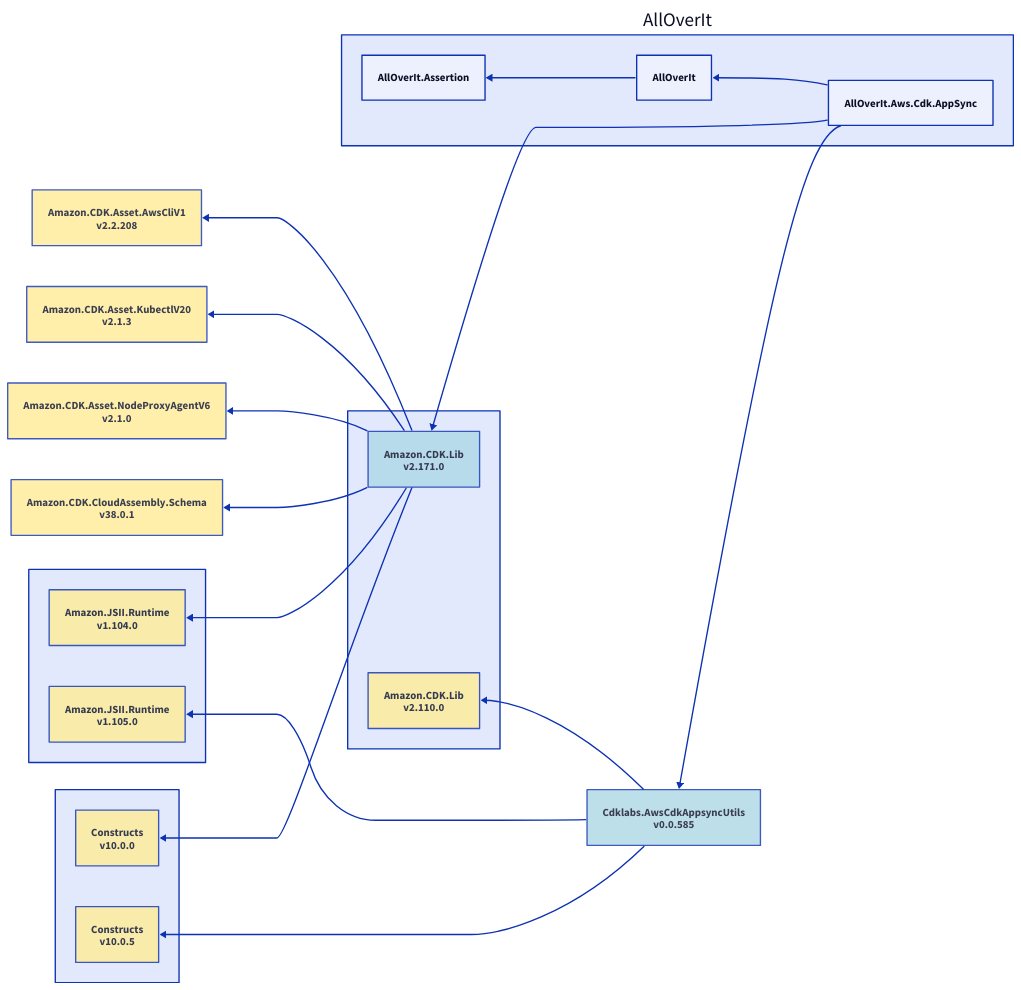
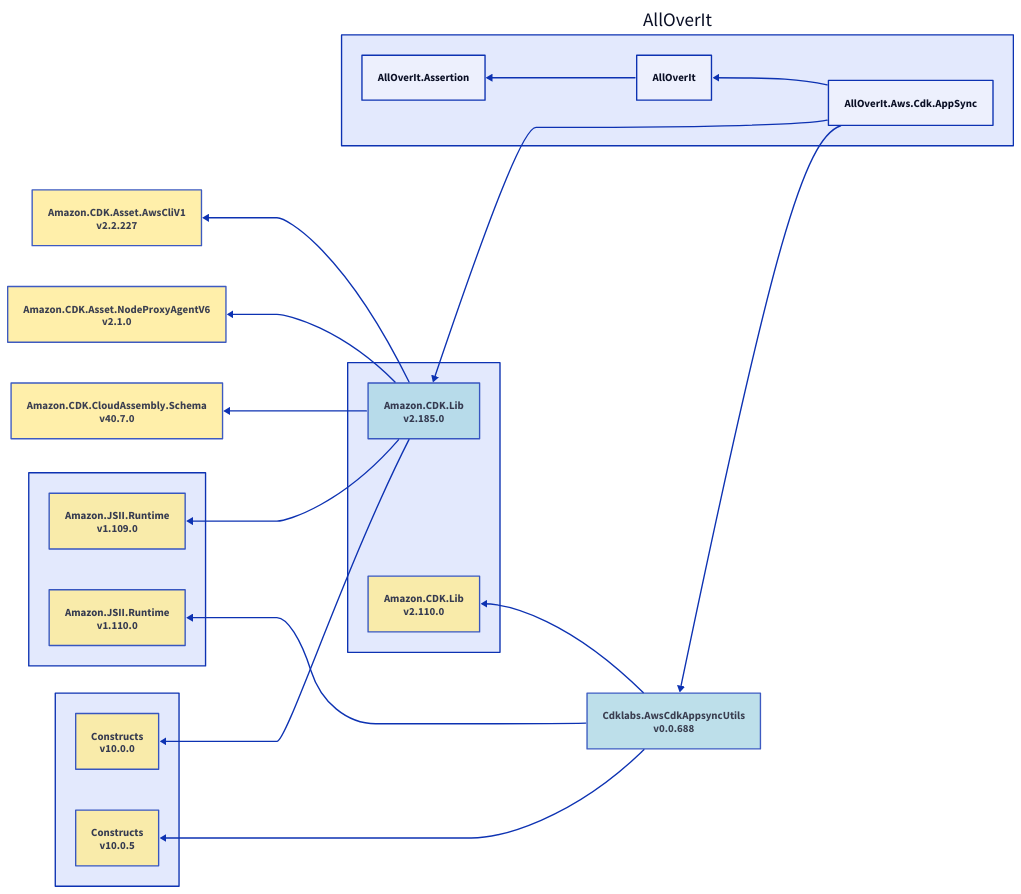
The diagram in Docs/Reference/Content/images/dependencies/net9.0/alloverit-aws-cdk-appsync.d2 (mjfreelancing/AllOverIt), drawn with D2 before and after one commit. The commit also changed 236 other files, not shown here.

```diff
--- a/Docs/Reference/Content/images/dependencies/net9.0/alloverit-aws-cdk-appsync.d2
+++ b/Docs/Reference/Content/images/dependencies/net9.0/alloverit-aws-cdk-appsync.d2
@@ -1,55 +1,51 @@
 direction: left
 
 aoi: AllOverIt
 aoi.alloverit-aws-cdk-appsync: AllOverIt.Aws.Cdk.AppSync
 amazon-cdk-lib-group: ""
-amazon-cdk-lib-group.amazon-cdk-lib_2-171-0: Amazon.CDK.Lib\nv2.171.0
-amazon-cdk-lib-group.amazon-cdk-lib_2-171-0.style.fill: "#ADD8E6"
-amazon-cdk-lib-group.amazon-cdk-lib_2-171-0.style.opacity: 0.8
-amazon-cdk-asset-awscliv1_2-2-208: Amazon.CDK.Asset.AwsCliV1\nv2.2.208
-amazon-cdk-asset-awscliv1_2-2-208.style.fill: "#FFEC96"
-amazon-cdk-asset-awscliv1_2-2-208.style.opacity: 0.8
-amazon-cdk-asset-awscliv1_2-2-208 <- amazon-cdk-lib-group.amazon-cdk-lib_2-171-0
-amazon-cdk-asset-kubectlv20_2-1-3: Amazon.CDK.Asset.KubectlV20\nv2.1.3
-amazon-cdk-asset-kubectlv20_2-1-3.style.fill: "#FFEC96"
-amazon-cdk-asset-kubectlv20_2-1-3.style.opacity: 0.8
-amazon-cdk-asset-kubectlv20_2-1-3 <- amazon-cdk-lib-group.amazon-cdk-lib_2-171-0
+amazon-cdk-lib-group.amazon-cdk-lib_2-185-0: Amazon.CDK.Lib\nv2.185.0
+amazon-cdk-lib-group.amazon-cdk-lib_2-185-0.style.fill: "#ADD8E6"
+amazon-cdk-lib-group.amazon-cdk-lib_2-185-0.style.opacity: 0.8
+amazon-cdk-asset-awscliv1_2-2-227: Amazon.CDK.Asset.AwsCliV1\nv2.2.227
+amazon-cdk-asset-awscliv1_2-2-227.style.fill: "#FFEC96"
+amazon-cdk-asset-awscliv1_2-2-227.style.opacity: 0.8
+amazon-cdk-asset-awscliv1_2-2-227 <- amazon-cdk-lib-group.amazon-cdk-lib_2-185-0
 amazon-cdk-asset-nodeproxyagentv6_2-1-0: Amazon.CDK.Asset.NodeProxyAgentV6\nv2.1.0
 amazon-cdk-asset-nodeproxyagentv6_2-1-0.style.fill: "#FFEC96"
 amazon-cdk-asset-nodeproxyagentv6_2-1-0.style.opacity: 0.8
-amazon-cdk-asset-nodeproxyagentv6_2-1-0 <- amazon-cdk-lib-group.amazon-cdk-lib_2-171-0
-amazon-cdk-cloudassembly-schema_38-0-1: Amazon.CDK.CloudAssembly.Schema\nv38.0.1
-amazon-cdk-cloudassembly-schema_38-0-1.style.fill: "#FFEC96"
-amazon-cdk-cloudassembly-schema_38-0-1.style.opacity: 0.8
-amazon-cdk-cloudassembly-schema_38-0-1 <- amazon-cdk-lib-group.amazon-cdk-lib_2-171-0
+amazon-cdk-asset-nodeproxyagentv6_2-1-0 <- amazon-cdk-lib-group.amazon-cdk-lib_2-185-0
+amazon-cdk-cloudassembly-schema_40-7-0: Amazon.CDK.CloudAssembly.Schema\nv40.7.0
+amazon-cdk-cloudassembly-schema_40-7-0.style.fill: "#FFEC96"
+amazon-cdk-cloudassembly-schema_40-7-0.style.opacity: 0.8
+amazon-cdk-cloudassembly-schema_40-7-0 <- amazon-cdk-lib-group.amazon-cdk-lib_2-185-0
 amazon-jsii-runtime-group: ""
-amazon-jsii-runtime-group.amazon-jsii-runtime_1-104-0: Amazon.JSII.Runtime\nv1.104.0
-amazon-jsii-runtime-group.amazon-jsii-runtime_1-104-0.style.fill: "#FFEC96"
-amazon-jsii-runtime-group.amazon-jsii-runtime_1-104-0.style.opacity: 0.8
-amazon-jsii-runtime-group.amazon-jsii-runtime_1-104-0 <- amazon-cdk-lib-group.amazon-cdk-lib_2-171-0
+amazon-jsii-runtime-group.amazon-jsii-runtime_1-109-0: Amazon.JSII.Runtime\nv1.109.0
+amazon-jsii-runtime-group.amazon-jsii-runtime_1-109-0.style.fill: "#FFEC96"
+amazon-jsii-runtime-group.amazon-jsii-runtime_1-109-0.style.opacity: 0.8
+amazon-jsii-runtime-group.amazon-jsii-runtime_1-109-0 <- amazon-cdk-lib-group.amazon-cdk-lib_2-185-0
 constructs-group: ""
 constructs-group.constructs_10-0-0: Constructs\nv10.0.0
 constructs-group.constructs_10-0-0.style.fill: "#FFEC96"
 constructs-group.constructs_10-0-0.style.opacity: 0.8
-constructs-group.constructs_10-0-0 <- amazon-cdk-lib-group.amazon-cdk-lib_2-171-0
-amazon-cdk-lib-group.amazon-cdk-lib_2-171-0 <- aoi.alloverit-aws-cdk-appsync
-cdklabs-awscdkappsyncutils_0-0-585: Cdklabs.AwsCdkAppsyncUtils\nv0.0.585
-cdklabs-awscdkappsyncutils_0-0-585.style.fill: "#ADD8E6"
-cdklabs-awscdkappsyncutils_0-0-585.style.opacity: 0.8
+constructs-group.constructs_10-0-0 <- amazon-cdk-lib-group.amazon-cdk-lib_2-185-0
+amazon-cdk-lib-group.amazon-cdk-lib_2-185-0 <- aoi.alloverit-aws-cdk-appsync
+cdklabs-awscdkappsyncutils_0-0-688: Cdklabs.AwsCdkAppsyncUtils\nv0.0.688
+cdklabs-awscdkappsyncutils_0-0-688.style.fill: "#ADD8E6"
+cdklabs-awscdkappsyncutils_0-0-688.style.opacity: 0.8
 amazon-cdk-lib-group.amazon-cdk-lib_2-110-0: Amazon.CDK.Lib\nv2.110.0
 amazon-cdk-lib-group.amazon-cdk-lib_2-110-0.style.fill: "#FFEC96"
 amazon-cdk-lib-group.amazon-cdk-lib_2-110-0.style.opacity: 0.8
-amazon-cdk-lib-group.amazon-cdk-lib_2-110-0 <- cdklabs-awscdkappsyncutils_0-0-585
-amazon-jsii-runtime-group.amazon-jsii-runtime_1-105-0: Amazon.JSII.Runtime\nv1.105.0
-amazon-jsii-runtime-group.amazon-jsii-runtime_1-105-0.style.fill: "#FFEC96"
-amazon-jsii-runtime-group.amazon-jsii-runtime_1-105-0.style.opacity: 0.8
-amazon-jsii-runtime-group.amazon-jsii-runtime_1-105-0 <- cdklabs-awscdkappsyncutils_0-0-585
+amazon-cdk-lib-group.amazon-cdk-lib_2-110-0 <- cdklabs-awscdkappsyncutils_0-0-688
+amazon-jsii-runtime-group.amazon-jsii-runtime_1-110-0: Amazon.JSII.Runtime\nv1.110.0
+amazon-jsii-runtime-group.amazon-jsii-runtime_1-110-0.style.fill: "#FFEC96"
+amazon-jsii-runtime-group.amazon-jsii-runtime_1-110-0.style.opacity: 0.8
+amazon-jsii-runtime-group.amazon-jsii-runtime_1-110-0 <- cdklabs-awscdkappsyncutils_0-0-688
 constructs-group.constructs_10-0-5: Constructs\nv10.0.5
 constructs-group.constructs_10-0-5.style.fill: "#FFEC96"
 constructs-group.constructs_10-0-5.style.opacity: 0.8
-constructs-group.constructs_10-0-5 <- cdklabs-awscdkappsyncutils_0-0-585
-cdklabs-awscdkappsyncutils_0-0-585 <- aoi.alloverit-aws-cdk-appsync
+constructs-group.constructs_10-0-5 <- cdklabs-awscdkappsyncutils_0-0-688
+cdklabs-awscdkappsyncutils_0-0-688 <- aoi.alloverit-aws-cdk-appsync
 aoi.alloverit: AllOverIt
 aoi.alloverit-assertion: AllOverIt.Assertion
 aoi.alloverit-assertion <- aoi.alloverit
 aoi.alloverit <- aoi.alloverit-aws-cdk-appsync
```
